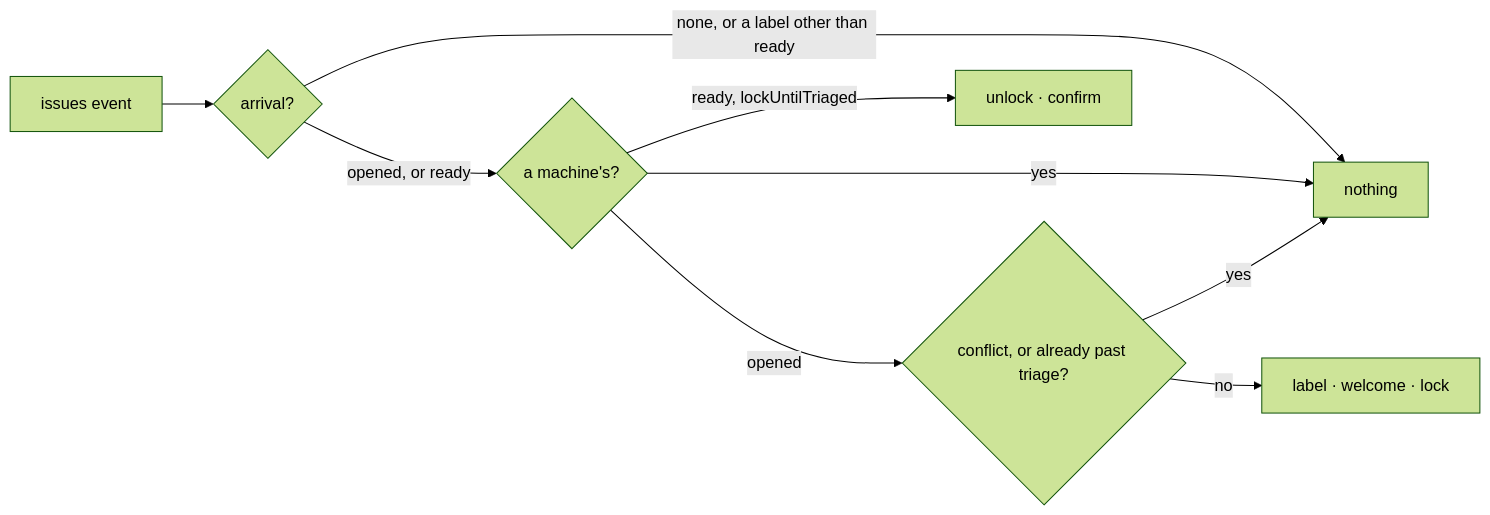
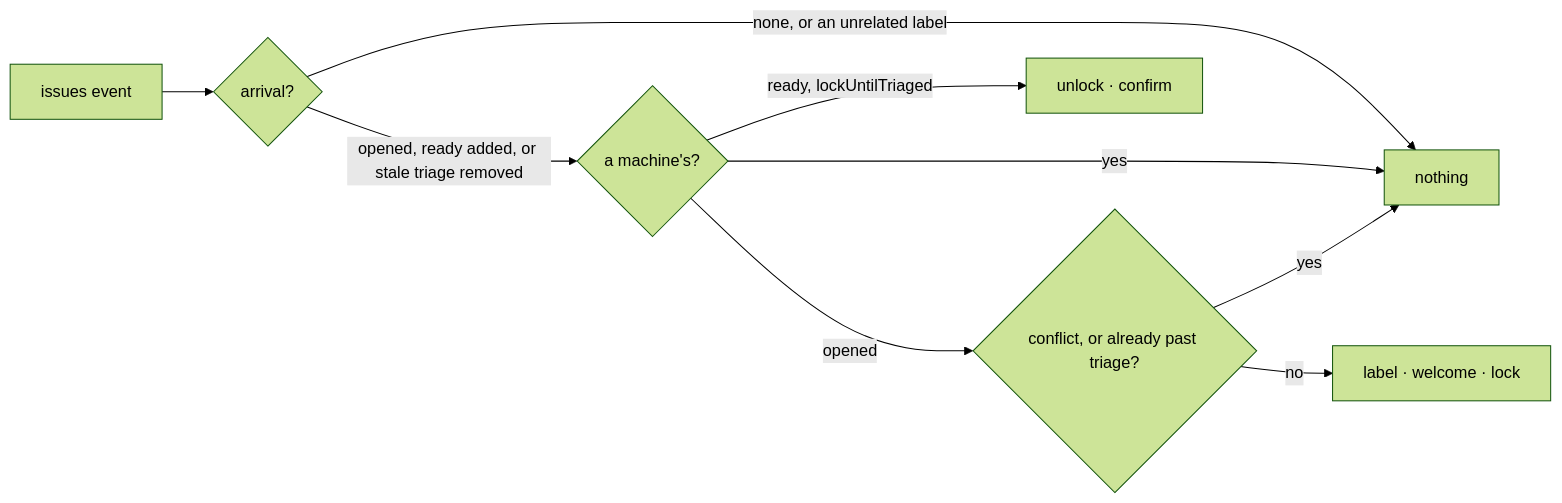
One commit to cheese-cakee/sdk-automations changed the diagram in packages/capabilities/src/triageQueue/design.md. Above: the diagram before and after it, drawn with Mermaid (forest theme). The commit also changed other lines of this file and 17 other files, not shown here.

````diff
--- a/packages/capabilities/src/triageQueue/design.md
+++ b/packages/capabilities/src/triageQueue/design.md
@@ -114,11 +113,11 @@
 ```mermaid
 flowchart LR
     E["issues event"] --> A{"arrival?"}
-    A -->|"none, or a label other than ready"| N["nothing"]
-    A -->|"opened, or ready"| B{"a machine's?"}
+    A -->|"none, or an unrelated label"| N["nothing"]
+    A -->|"opened, ready added, or stale triage removed"| B{"a machine's?"}
     B -->|yes| N
     B -->|"opened"| C{"conflict, or already past triage?"}
     C -->|yes| N
     C -->|no| O["label · welcome · lock"]
     B -->|"ready, lockUntilTriaged"| R["unlock · confirm"]
 ```
````
